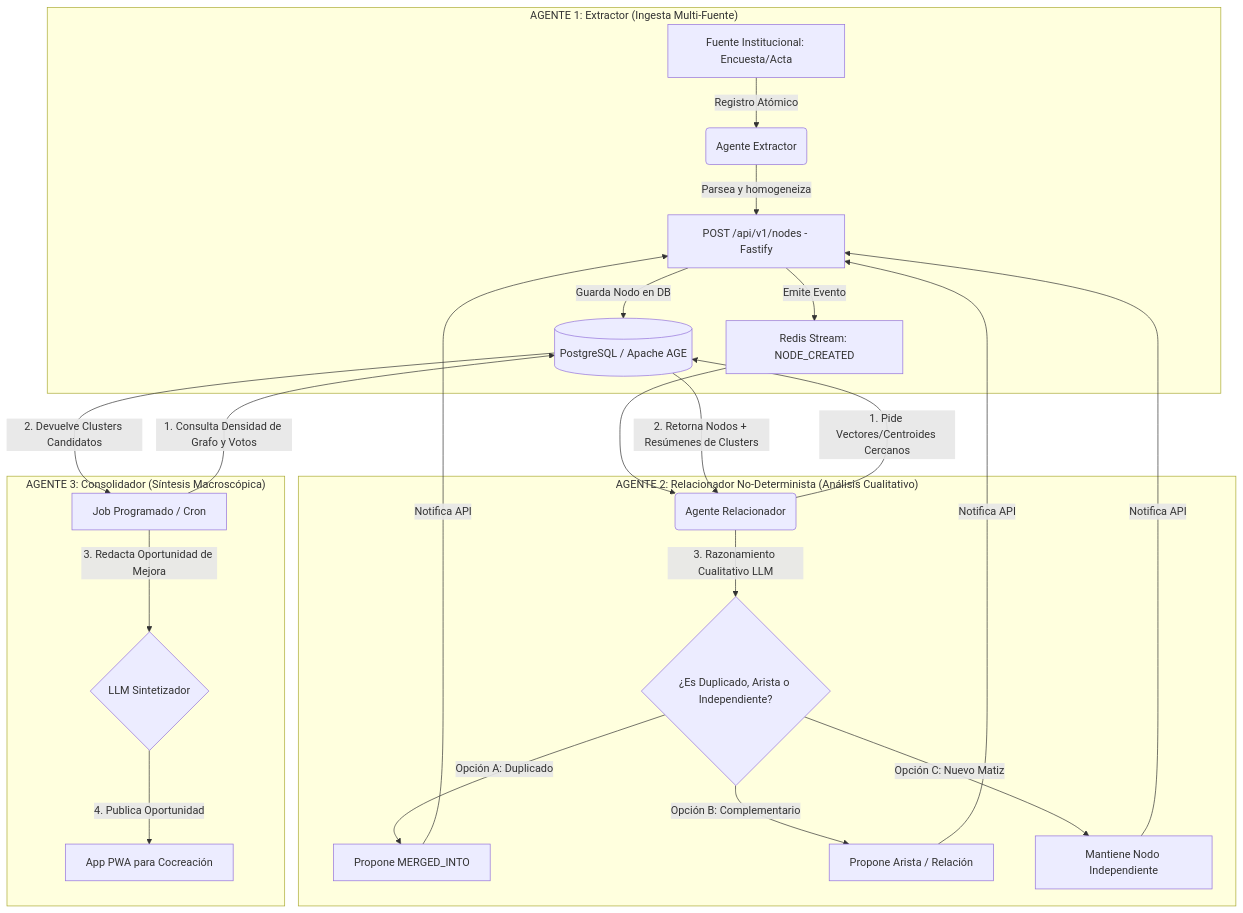
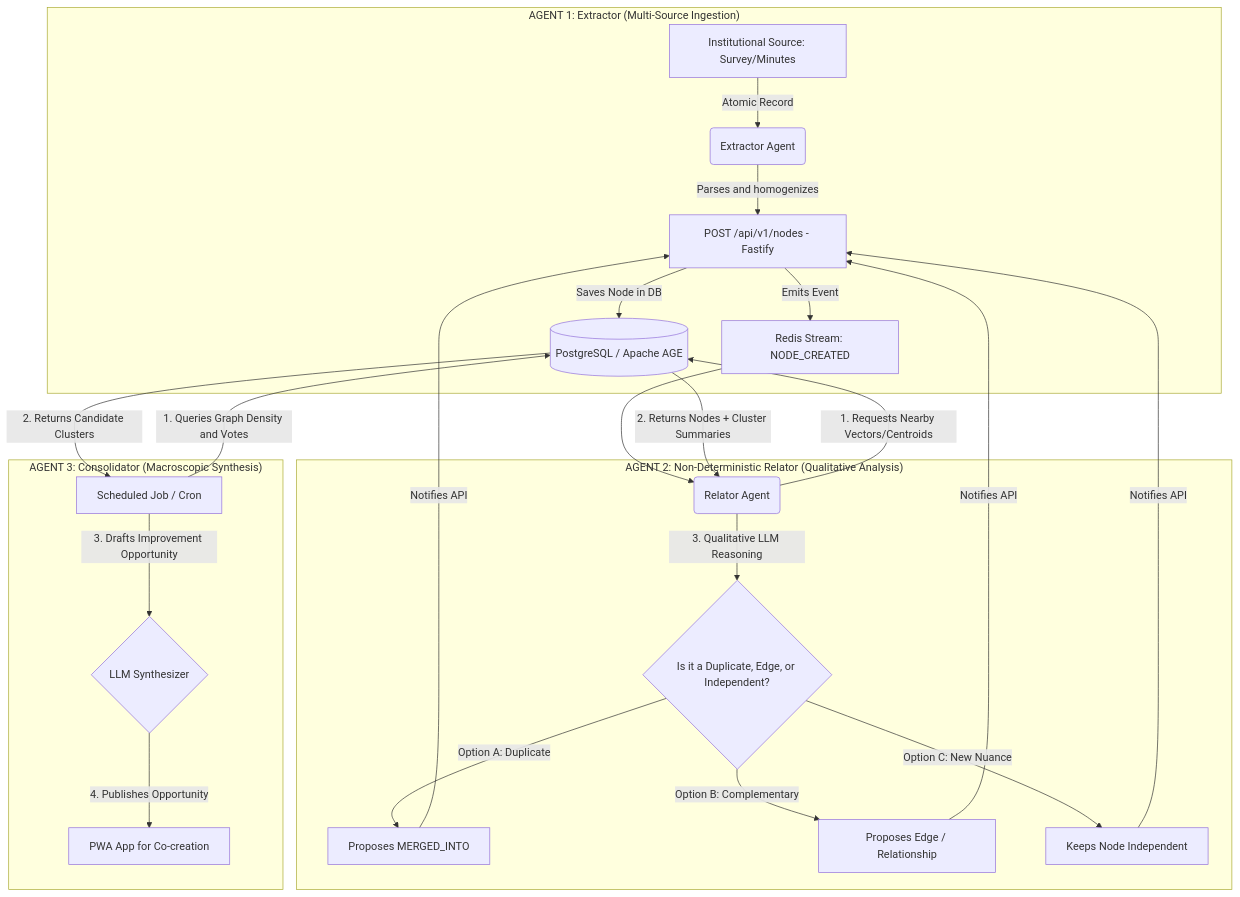
The third of 3 diagrams in docs/00_ARCHITECTURE_OVERVIEW.md (Juanc0/vozlab), drawn with Mermaid before and after one commit. The commit also changed other lines of this file and 305 other files, not shown here.

````diff
--- a/docs/00_ARCHITECTURE_OVERVIEW.md
+++ b/docs/00_ARCHITECTURE_OVERVIEW.md
@@ -103,28 +103,28 @@
 ```mermaid
 flowchart TD
-    subgraph "AGENTE 1: Extractor (Ingesta Multi-Fuente)"
-        A[Fuente Institucional: Encuesta/Acta] -->|Registro Atómico| B(Agente Extractor)
-        B -->|Parsea y homogeneiza| C[POST /api/v1/nodes - Fastify]
-        C -->|Guarda Nodo en DB| D[(PostgreSQL / Apache AGE)]
-        C -->|Emite Evento| E[Redis Stream: NODE_CREATED]
+    subgraph "AGENT 1: Extractor (Multi-Source Ingestion)"
+        A[Institutional Source: Survey/Minutes] -->|Atomic Record| B(Extractor Agent)
+        B -->|Parses and homogenizes| C[POST /api/v1/nodes - Fastify]
+        C -->|Saves Node in DB| D[(PostgreSQL / Apache AGE)]
+        C -->|Emits Event| E[Redis Stream: NODE_CREATED]
     end
 
-    subgraph "AGENTE 2: Relacionador No-Determinista (Análisis Cualitativo)"
-        E --> F(Agente Relacionador)
-        F -->|1. Pide Vectores/Centroides Cercanos| D
-        D -->|2. Retorna Nodos + Resúmenes de Clusters| F
-        F -->|3. Razonamiento Cualitativo LLM| G{¿Es Duplicado, Arista o Independiente?}
-        G -->|Opción A: Duplicado| H[Propone MERGED_INTO]
-        G -->|Opción B: Complementario| I[Propone Arista / Relación]
-        G -->|Opción C: Nuevo Matiz| J[Mantiene Nodo Independiente]
-        H & I & J -->|Notifica API| C
+    subgraph "AGENT 2: Non-Deterministic Relator (Qualitative Analysis)"
+        E --> F(Relator Agent)
+        F -->|1. Requests Nearby Vectors/Centroids| D
+        D -->|2. Returns Nodes + Cluster Summaries| F
+        F -->|3. Qualitative LLM Reasoning| G{Is it a Duplicate, Edge, or Independent?}
+        G -->|Option A: Duplicate| H[Proposes MERGED_INTO]
+        G -->|Option B: Complementary| I[Proposes Edge / Relationship]
+        G -->|Option C: New Nuance| J[Keeps Node Independent]
+        H & I & J -->|Notifies API| C
     end
 
-    subgraph "AGENTE 3: Consolidador (Síntesis Macroscópica)"
-        K[Job Programado / Cron] -->|1. Consulta Densidad de Grafo y Votos| D
-        D -->|2. Devuelve Clusters Candidatos| K
-        K -->|3. Redacta Oportunidad de Mejora| L{LLM Sintetizador}
-        L -->|4. Publica Oportunidad| M[App PWA para Cocreación]
+    subgraph "AGENT 3: Consolidator (Macroscopic Synthesis)"
+        K[Scheduled Job / Cron] -->|1. Queries Graph Density and Votes| D
+        D -->|2. Returns Candidate Clusters| K
+        K -->|3. Drafts Improvement Opportunity| L{LLM Synthesizer}
+        L -->|4. Publishes Opportunity| M[PWA App for Co-creation]
     end
 
 ```
````
